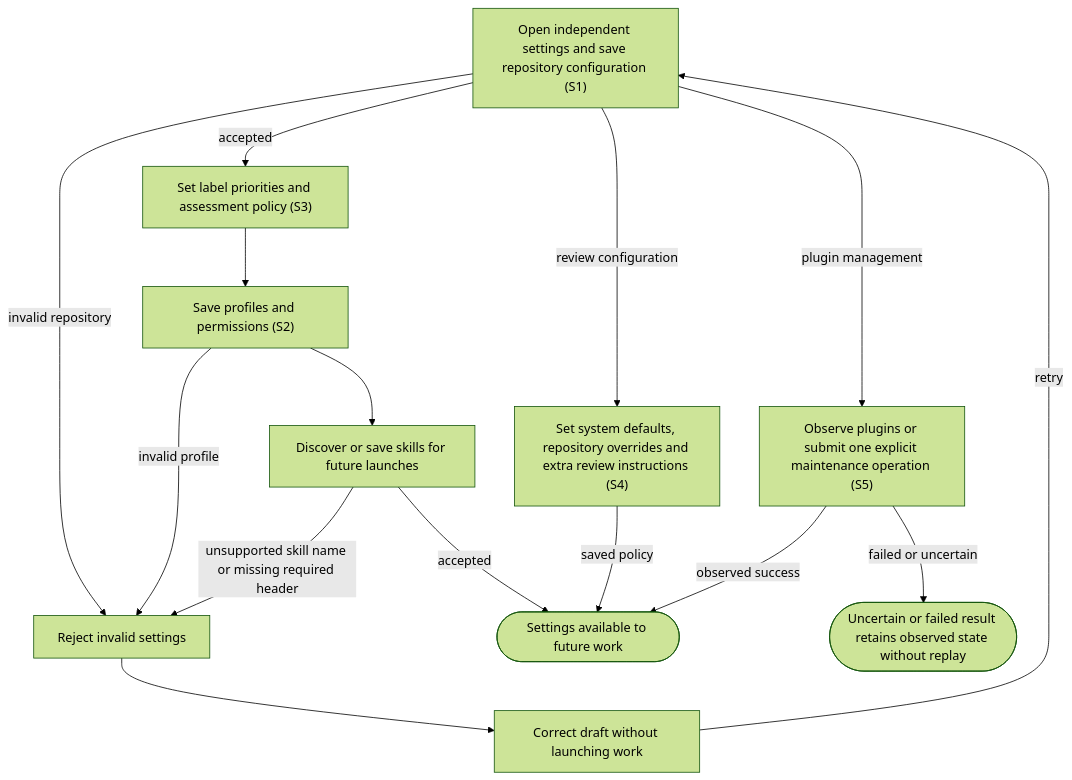
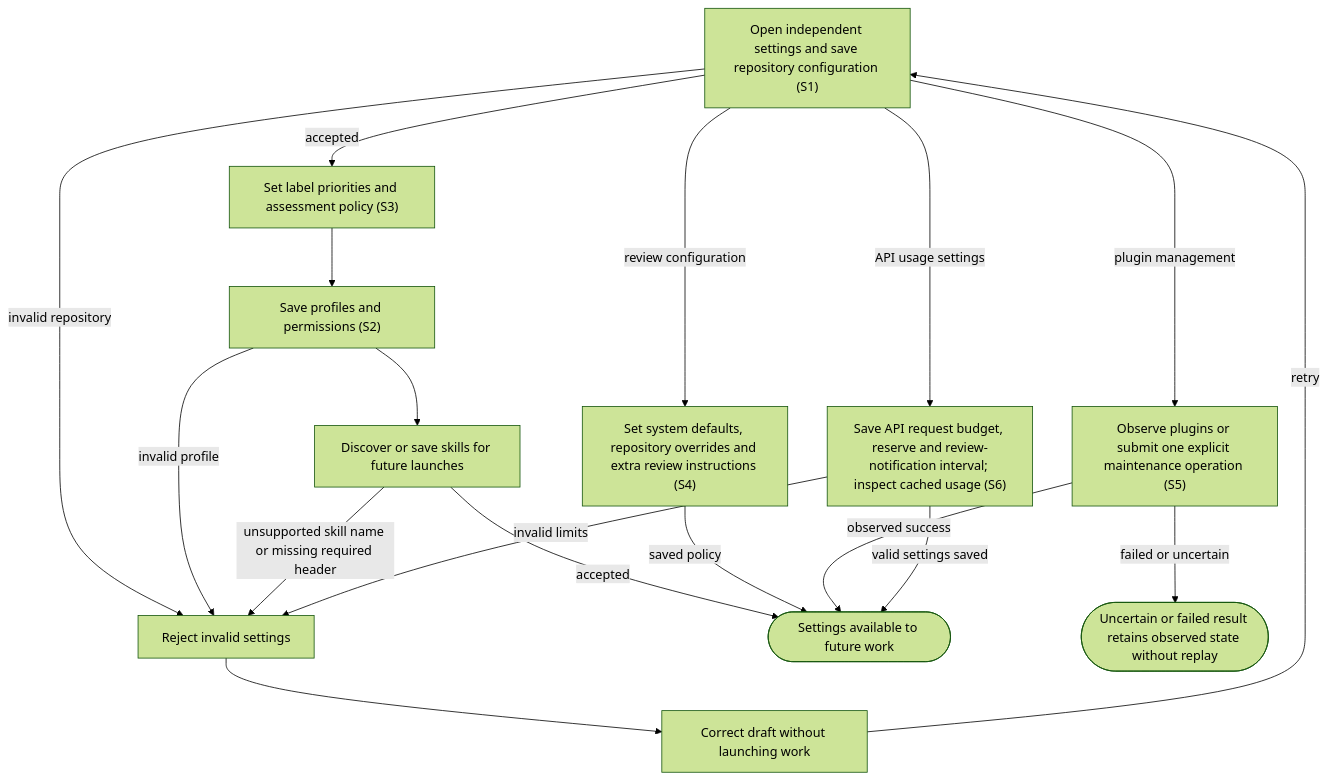
Before and after one commit to dk-code-factory/code-factory-plugin: the diagram in docs/user-flows/configure-work.md, drawn with Mermaid (forest theme). The commit also changed other lines of this file and 81 other files, not shown here.

````diff
--- a/docs/user-flows/configure-work.md
+++ b/docs/user-flows/configure-work.md
@@ -39,27 +42,31 @@
 ```mermaid
 flowchart TD
     N0["Open independent settings and save repository configuration #40;S1#41;"]
     N1["Set label priorities and assessment policy #40;S3#41;"]
     N2["Save profiles and permissions #40;S2#41;"]
     N3["Discover or save skills for future launches"]
     N4["Reject invalid settings"]
     N5["Correct draft without launching work"]
     N6(["Settings available to future work"])
     N7["Set system defaults, repository overrides and extra review instructions #40;S4#41;"]
     N8["Observe plugins or submit one explicit maintenance operation #40;S5#41;"]
     N9(["Uncertain or failed result retains observed state without replay"])
+    N10["Save API request budget, reserve and review-notification interval#59; inspect cached usage #40;S6#41;"]
     N0 -->|"accepted"| N1
     N1 --> N2
     N2 --> N3
     N0 -->|"invalid repository"| N4
     N2 -->|"invalid profile"| N4
     N3 -->|"unsupported skill name or missing required header"| N4
     N4 --> N5
     N5 -->|"retry"| N0
     N3 -->|"accepted"| N6
     N0 -->|"review configuration"| N7
     N7 -->|"saved policy"| N6
     N0 -->|"plugin management"| N8
     N8 -->|"observed success"| N6
     N8 -->|"failed or uncertain"| N9
+    N0 -->|"API usage settings"| N10
+    N10 -->|"valid settings saved"| N6
+    N10 -->|"invalid limits"| N4
 ```
````
